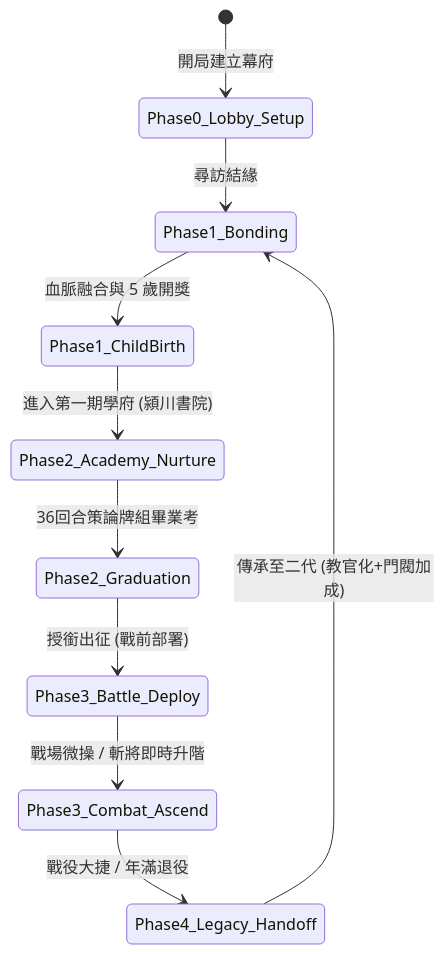
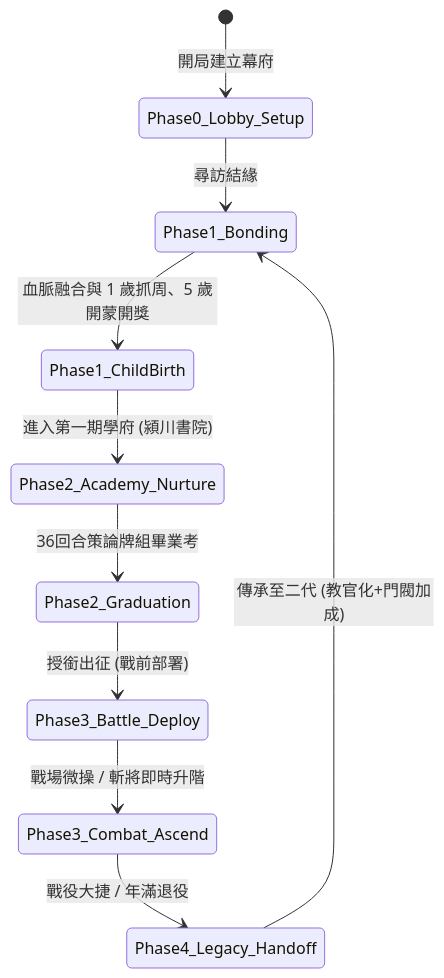
One commit to eaglhuang/3klife changed the diagram in docs/遊戲規格文件/系統規格書/MVP核心循環貫通與遊玩動線功能規格書.md. Above: the diagram before and after it, drawn with Mermaid. The commit also changed other lines of this file and 36 other files, not shown here.

````diff
--- a/docs/遊戲規格文件/系統規格書/MVP核心循環貫通與遊玩動線功能規格書.md
+++ b/docs/遊戲規格文件/系統規格書/MVP核心循環貫通與遊玩動線功能規格書.md
@@ -25,12 +27,12 @@
 ```mermaid
 stateDiagram-v2
     [*] --> Phase0_Lobby_Setup: 開局建立幕府
     Phase0_Lobby_Setup --> Phase1_Bonding: 尋訪結緣
-    Phase1_Bonding --> Phase1_ChildBirth: 血脈融合與 5 歲開獎
+    Phase1_Bonding --> Phase1_ChildBirth: 血脈融合與 1 歲抓周、5 歲開蒙開獎
     Phase1_ChildBirth --> Phase2_Academy_Nurture: 進入第一期學府 (潁川書院)
     Phase2_Academy_Nurture --> Phase2_Graduation: 36回合策論牌組畢業考
     Phase2_Graduation --> Phase3_Battle_Deploy: 授銜出征 (戰前部署)
     Phase3_Battle_Deploy --> Phase3_Combat_Ascend: 戰場微操 / 斬將即時升階
     Phase3_Combat_Ascend --> Phase4_Legacy_Handoff: 戰役大捷 / 年滿退役
     Phase4_Legacy_Handoff --> Phase1_Bonding: 傳承至二代 (教官化+門閥加成)
 ```
````
